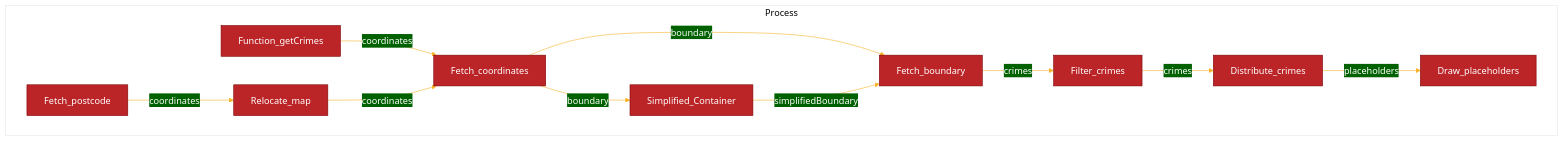
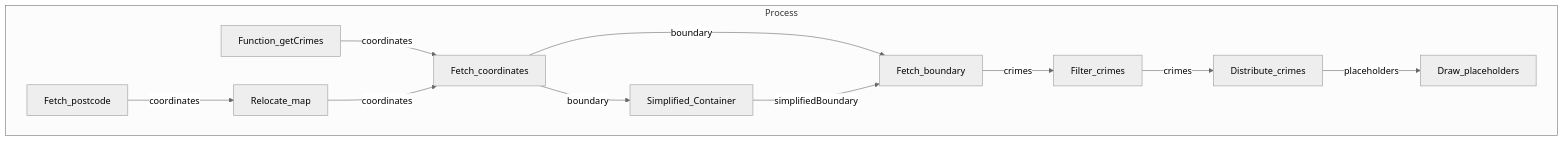
One commit to FAC29A/Alex-Esti-Project changed the diagram in README.md. Above: the diagram before and after it, drawn with Mermaid.

````diff
--- a/README.md
+++ b/README.md
@@ -33,27 +33,15 @@
 ```mermaid
-%%{
-  init: {
-    'theme': 'base',
-    'themeVariables': {
-      'primaryColor': '#BB2528',
-      'primaryTextColor': '#fff',
-      'primaryBorderColor': '#7C0000',
-      'lineColor': '#F8B229',
-      'secondaryColor': '#006100',
-      'tertiaryColor': '#fff'
-    }
-  }
-}%%
+%%{init: {'theme':'neutral'}}%%
 graph TD
     subgraph Process
         Function_getCrimes-->|coordinates|Fetch_coordinates;
         Fetch_coordinates-->|boundary|Fetch_boundary;
         Fetch_boundary-->|crimes|Filter_crimes;
         Filter_crimes-->|crimes|Distribute_crimes;
         Distribute_crimes-->|placeholders|Draw_placeholders;
         Fetch_coordinates-->|boundary|Simplified_Container;
         Simplified_Container-->|simplifiedBoundary|Fetch_boundary;
         Fetch_postcode-->|coordinates|Relocate_map;
         Relocate_map-->|coordinates|Fetch_coordinates;
     end
 ```
````
